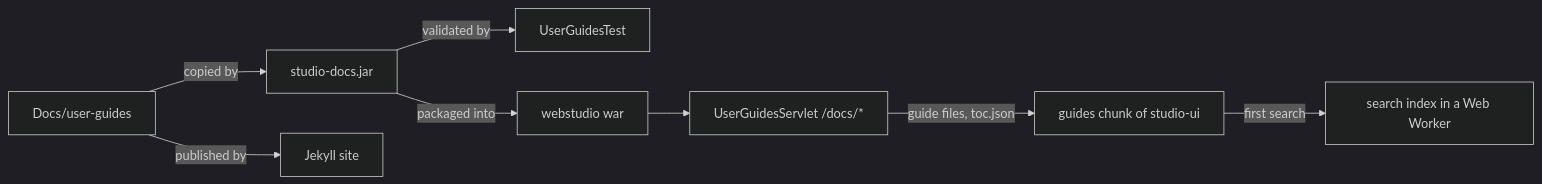
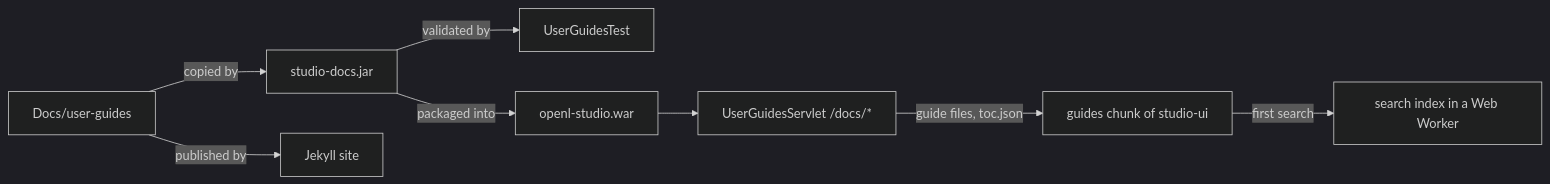
Before and after one commit to openl-tablets/openl-tablets: the diagram in Docs/architecture/embedded-user-guides.md, drawn with Mermaid (dark theme). The commit also changed other lines of this file and 17 other files, not shown here.

Commit message:
EPBDS-16781 Release the wars as openl-studio, ruleservices and ruleservices-all

````diff
--- a/Docs/architecture/embedded-user-guides.md
+++ b/Docs/architecture/embedded-user-guides.md
@@ -23,10 +23,10 @@
 ```mermaid
 flowchart LR
     MD["Docs/user-guides"] -->|copied by| DOCS["studio-docs.jar"]
     DOCS -->|validated by| VAL["UserGuidesTest"]
-    DOCS -->|packaged into| WAR["webstudio war"]
+    DOCS -->|packaged into| WAR["openl-studio.war"]
     WAR --> SERVLET["UserGuidesServlet /docs/*"]
     SERVLET -->|guide files, toc.json| UI["guides chunk of studio-ui"]
     UI -->|first search| IDX["search index in a Web Worker"]
     MD -->|published by| SITE["Jekyll site"]
 ```
````
